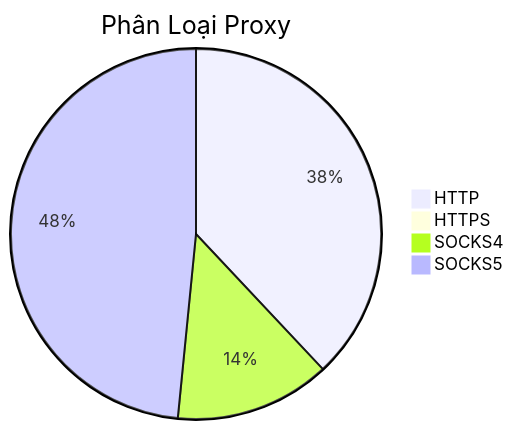
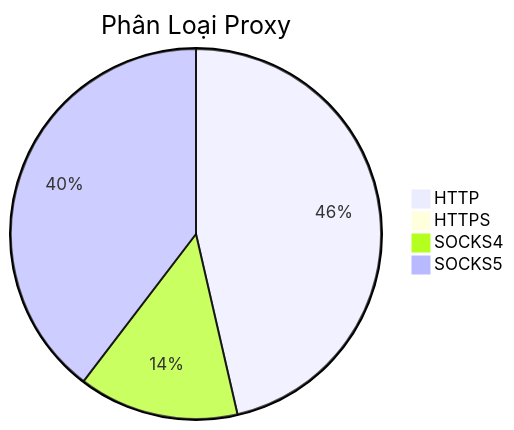
One commit to Ciara-Aa/PROXY-free changed the diagram in README.md. Above: the diagram before and after it, drawn with Mermaid. The commit also changed other lines of this file and 4 other files, not shown here.

````diff
--- a/README.md
+++ b/README.md
@@ -26,7 +26,7 @@
 ```mermaid
 pie title Phân Loại Proxy
-    "HTTP" : 521
+    "HTTP" : 657
     "HTTPS" : 1
-    "SOCKS4" : 186
-    "SOCKS5" : 664
+    "SOCKS4" : 198
+    "SOCKS5" : 561
 ```
````
